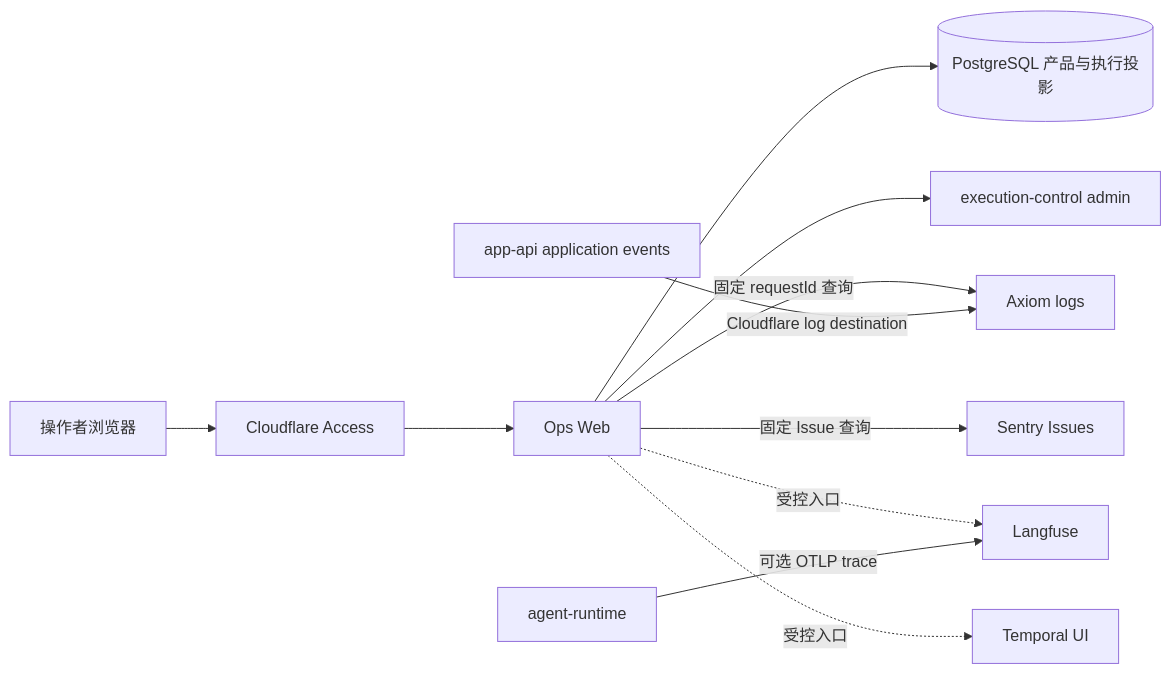
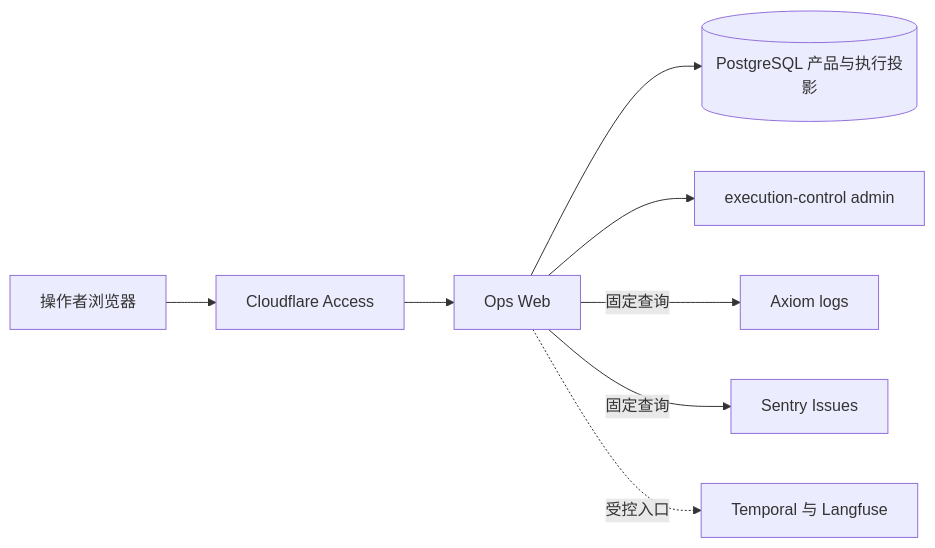
The diagram in docs/architecture/system/ops-observability.md (Luxfeier22331/campus-agent-main), drawn with Mermaid before and after one commit. The commit also changed other lines of this file and 576 other files, not shown here.

````diff
--- a/docs/architecture/system/ops-observability.md
+++ b/docs/architecture/system/ops-observability.md
@@ -29,24 +33,18 @@
 ```mermaid
 flowchart LR
   Browser[操作者浏览器]
   Access[Cloudflare Access]
   Ops[Ops Web]
   Product[(PostgreSQL 产品与执行投影)]
   Control[execution-control admin]
-  App[app-api application events]
   Axiom[Axiom logs]
   Sentry[Sentry Issues]
-  Agent[agent-runtime]
-  Langfuse[Langfuse]
-  Temporal[Temporal UI]
+  Platforms[Temporal 与 Langfuse]
 
   Browser --> Access --> Ops
   Ops --> Product
   Ops --> Control
-  Ops -->|固定 requestId 查询| Axiom
-  Ops -->|固定 Issue 查询| Sentry
-  Ops -.受控入口.-> Langfuse
-  Ops -.受控入口.-> Temporal
-  App -->|Cloudflare log destination| Axiom
-  Agent -->|可选 OTLP trace| Langfuse
+  Ops -->|固定查询| Axiom
+  Ops -->|固定查询| Sentry
+  Ops -.受控入口.-> Platforms
 ```
````
